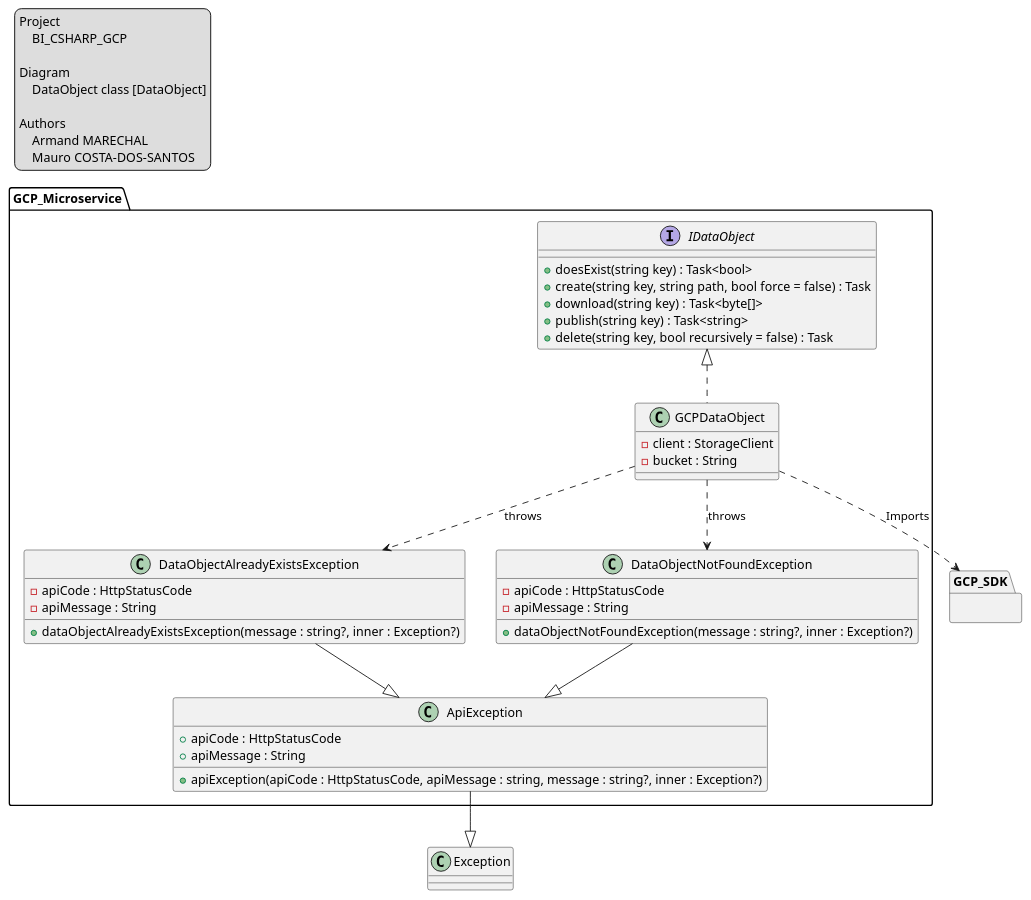
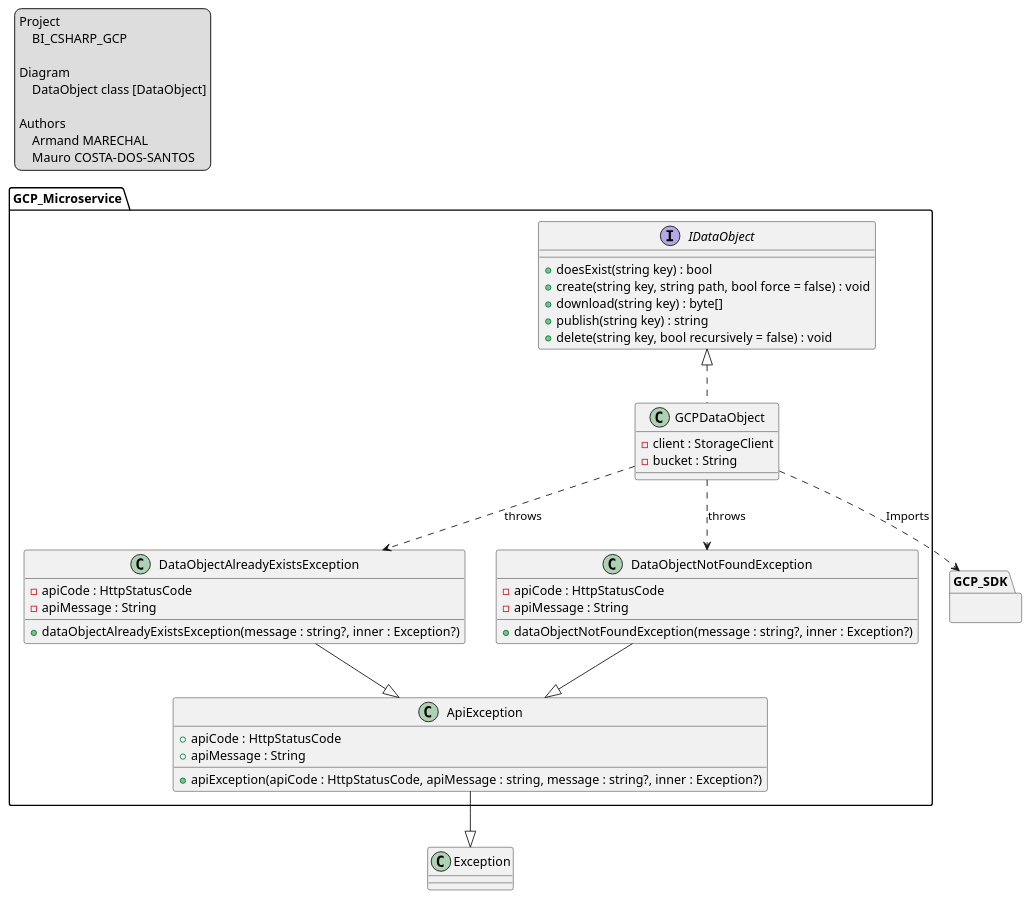
Before and after one commit to CPNV-ES-BI/BI_CSHARP_GCP: the diagram in doc/classes/data_object.puml, drawn with PlantUML.

Commit message:
Remove async notation

```diff
--- a/doc/classes/data_object.puml
+++ b/doc/classes/data_object.puml
@@ -1,63 +1,63 @@
 @startuml DataObject
 
 legend top left
     Project
         BI_CSHARP_GCP
 
     Diagram
         DataObject class [DataObject]
 
     Authors
         Armand MARECHAL
         Mauro COSTA-DOS-SANTOS 
 endlegend
 
 package GCP_Microservice {
     interface IDataObject {
-     +doesExist(string key) : Task<bool>
-     +create(string key, string path, bool force = false) : Task
-     +download(string key) : Task<byte[]>
-     +publish(string key) : Task<string>
-     +delete(string key, bool recursively = false) : Task
+     +doesExist(string key) : bool
+     +create(string key, string path, bool force = false) : void
+     +download(string key) : byte[]
+     +publish(string key) : string
+     +delete(string key, bool recursively = false) : void
     }
 
     class GCPDataObject {
      -client : StorageClient
      -bucket : String
     }
 
     class ApiException {
      +apiException(apiCode : HttpStatusCode, apiMessage : string, message : string?, inner : Exception?)
      +apiCode : HttpStatusCode
      +apiMessage : String
     }
 
     class DataObjectAlreadyExistsException {
      +dataObjectAlreadyExistsException(message : string?, inner : Exception?)
      -apiCode : HttpStatusCode
      -apiMessage : String
     }
 
     class DataObjectNotFoundException {
      +dataObjectNotFoundException(message : string?, inner : Exception?)
      -apiCode : HttpStatusCode
      -apiMessage : String
     }
 }
 
 package GCP_SDK {}
 
 IDataObject <|.. GCPDataObject
 GCPDataObject ..> GCP_SDK: Imports
 
 class Exception
 
 GCPDataObject ..> DataObjectAlreadyExistsException : throws
 GCPDataObject ..> DataObjectNotFoundException : throws
 
 DataObjectAlreadyExistsException --|> ApiException
 DataObjectNotFoundException --|> ApiException
 
 ApiException --|> Exception
 
 @enduml
```
